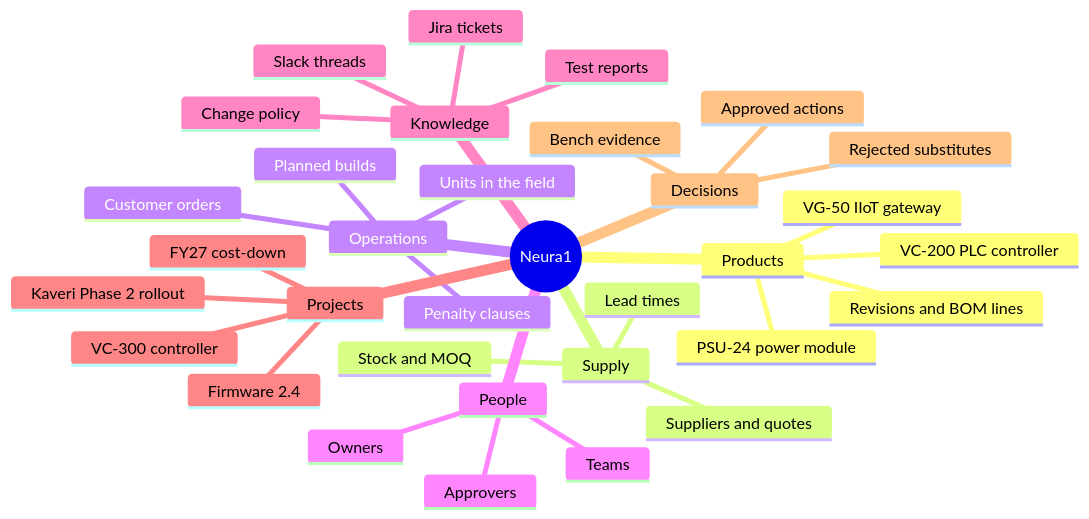
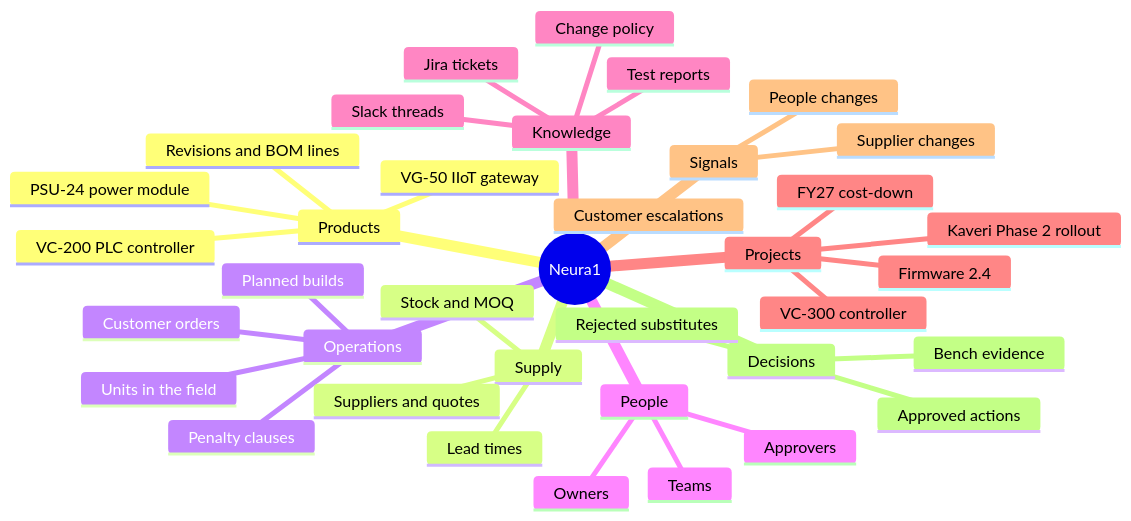
One commit to SaiSiddharthBS/Neura1 changed the first of 6 diagrams in README.md. Above: the diagram before and after it, drawn with Mermaid. The commit also changed other lines of this file and 58 other files, not shown here.

````diff
--- a/README.md
+++ b/README.md
@@ -113,36 +122,40 @@
 ```mermaid
 mindmap
   root((Neura1))
     Products
       VC-200 PLC controller
       VG-50 IIoT gateway
       PSU-24 power module
       Revisions and BOM lines
     Supply
       Suppliers and quotes
       Stock and MOQ
       Lead times
     Operations
       Planned builds
       Customer orders
       Penalty clauses
       Units in the field
     People
       Teams
       Owners
       Approvers
     Knowledge
       Slack threads
       Jira tickets
       Test reports
       Change policy
     Projects
       Kaveri Phase 2 rollout
       VC-300 controller
       FY27 cost-down
       Firmware 2.4
+    Signals
+      Supplier changes
+      Customer escalations
+      People changes
     Decisions
       Rejected substitutes
       Bench evidence
       Approved actions
 ```
````
